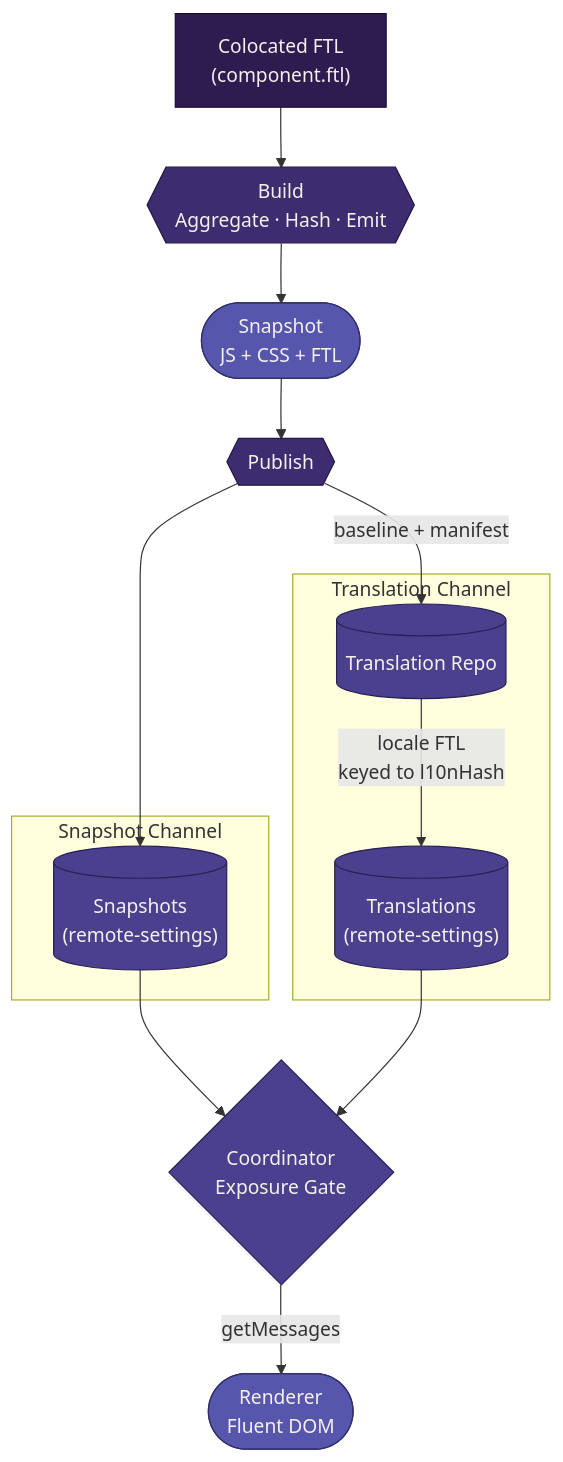
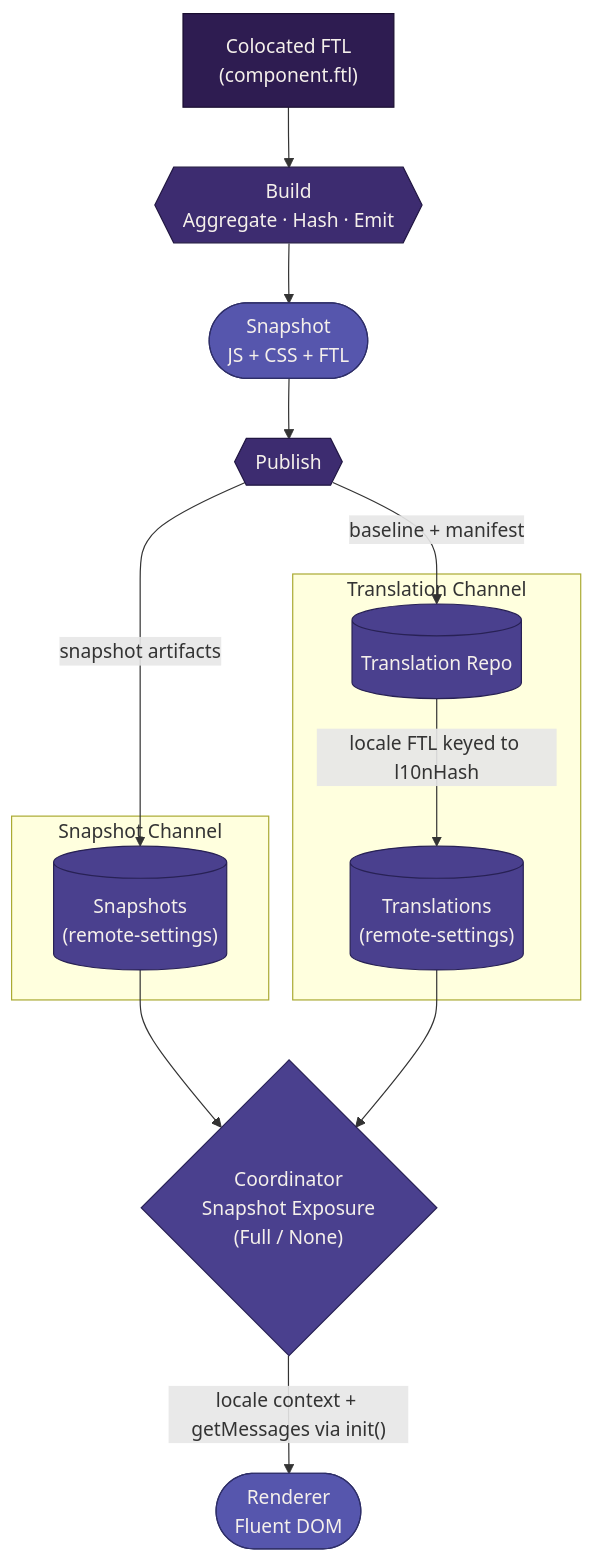
The diagram in docs/architecture/l10n.md (mozilla/home-new-tab), drawn with Mermaid before and after one commit. The commit also changed other lines of this file and 2 other files, not shown here.

````diff
--- a/docs/architecture/l10n.md
+++ b/docs/architecture/l10n.md
@@ -15,38 +15,38 @@
 ```mermaid
 flowchart TD
-    source@{label: "Colocated FTL\n(component.ftl)", shape: rect}
-    build@{label: "Build\nAggregate · Hash · Emit", shape: hexagon}
-    snapshot@{label: "Snapshot\nJS + CSS + FTL", shape: stadium}
+    source@{label: "Colocated FTL<br/>(component.ftl)", shape: rect}
+    build@{label: "Build<br/>Aggregate · Hash · Emit", shape: hexagon}
+    snapshot@{label: "Snapshot<br/>JS + CSS + FTL", shape: stadium}
     publish@{label: "Publish", shape: hexagon}
 
     subgraph "Snapshot Channel"
-        snapshotRS@{label: "Snapshots\n(remote-settings)", shape: cylinder}
+        snapshotRS@{label: "Snapshots<br/>(remote-settings)", shape: cylinder}
     end
 
     subgraph "Translation Channel"
         translationRepo@{label: "Translation Repo", shape: cylinder}
-        translationRS@{label: "Translations\n(remote-settings)", shape: cylinder}
+        translationRS@{label: "Translations<br/>(remote-settings)", shape: cylinder}
     end
 
-    coordinator@{label: "Coordinator\nExposure Gate", shape: diamond}
-    renderer@{label: "Renderer\nFluent DOM", shape: stadium}
+    coordinator@{label: "Coordinator<br/>Snapshot Exposure<br/>(Full / None)", shape: diamond}
+    renderer@{label: "Renderer<br/>Fluent DOM", shape: stadium}
 
     source --> build --> snapshot --> publish
-    publish --> snapshotRS
+    publish -->|"snapshot artifacts"| snapshotRS
     publish -->|"baseline + manifest"| translationRepo
-    translationRepo -->|"locale FTL\nkeyed to l10nHash"| translationRS
+    translationRepo -->|"locale FTL keyed to l10nHash"| translationRS
     snapshotRS --> coordinator
     translationRS --> coordinator
-    coordinator -->|"getMessages"| renderer
+    coordinator -->|"locale context + getMessages via init()"| renderer
 
     classDef deepest fill:#2e1c51,stroke:#190d30,color:#f5f0eb
     classDef deep fill:#3d2c70,stroke:#211643,color:#f5f0eb
     classDef mid fill:#4a408e,stroke:#282155,color:#f5f0eb
     classDef light fill:#5656ad,stroke:#2e2e68,color:#f5f0eb
 
     class source deepest
     class build,publish deep
     class snapshot,renderer light
     class snapshotRS,translationRepo,translationRS mid
     class coordinator mid
 ```
````
